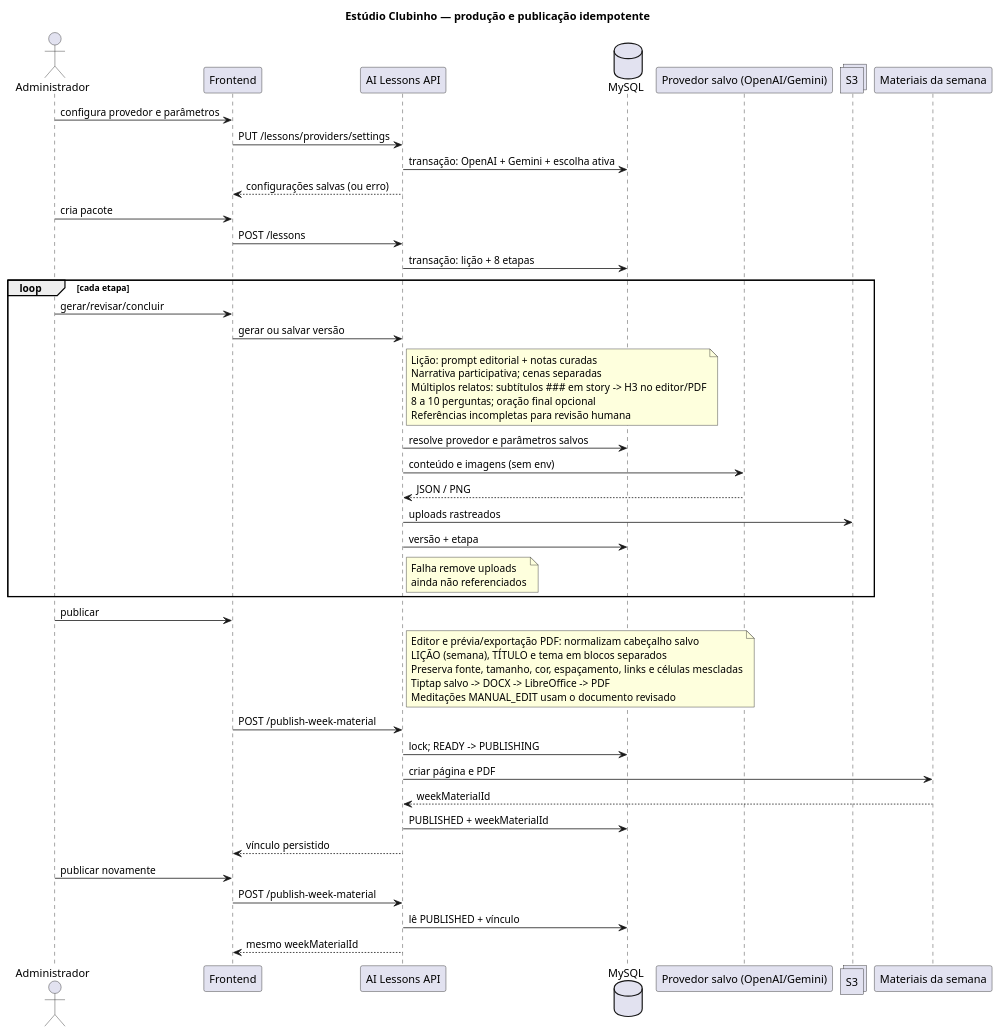
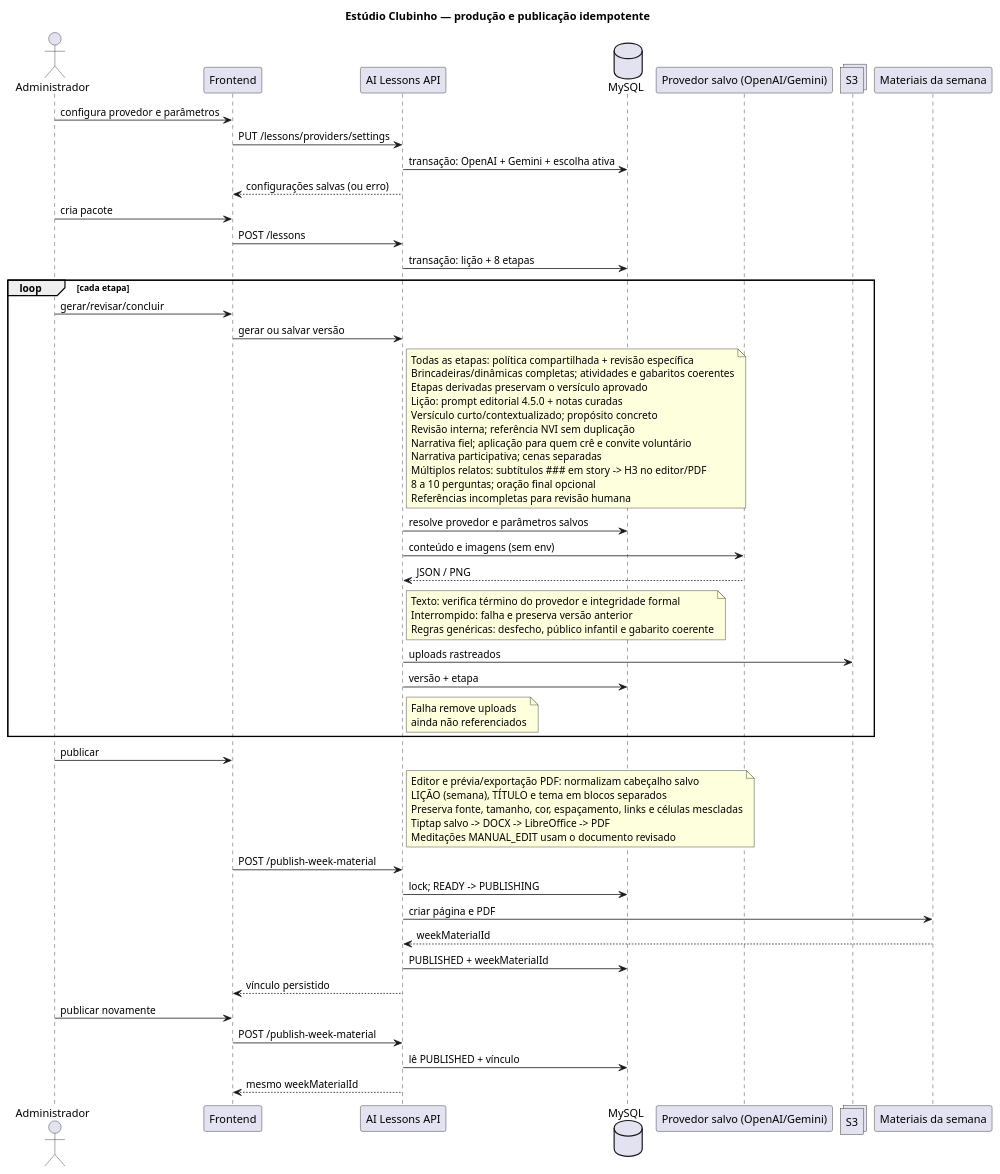
One commit to ministerioclubinhos/clubinhonib-api changed the diagram in docs/diagrams/flow/ai-lessons/ai-lessons-flow.puml. Above: the diagram before and after it, drawn with PlantUML. The commit also changed 21 other files, not shown here.

```diff
--- a/docs/diagrams/flow/ai-lessons/ai-lessons-flow.puml
+++ b/docs/diagrams/flow/ai-lessons/ai-lessons-flow.puml
@@ -1,60 +1,71 @@
 @startuml
 title Estúdio Clubinho — produção e publicação idempotente
 actor Administrador
 participant Frontend
 participant "AI Lessons API" as API
 database MySQL
 participant "Provedor salvo (OpenAI/Gemini)" as OpenAI
 collections S3
 participant "Materiais da semana" as Week
 
 Administrador -> Frontend: configura provedor e parâmetros
 Frontend -> API: PUT /lessons/providers/settings
 API -> MySQL: transação: OpenAI + Gemini + escolha ativa
 API --> Frontend: configurações salvas (ou erro)
 
 Administrador -> Frontend: cria pacote
 Frontend -> API: POST /lessons
 API -> MySQL: transação: lição + 8 etapas
 
 loop cada etapa
   Administrador -> Frontend: gerar/revisar/concluir
   Frontend -> API: gerar ou salvar versão
   note right of API
-    Lição: prompt editorial + notas curadas
+    Todas as etapas: política compartilhada + revisão específica
+    Brincadeiras/dinâmicas completas; atividades e gabaritos coerentes
+    Etapas derivadas preservam o versículo aprovado
+    Lição: prompt editorial 4.5.0 + notas curadas
+    Versículo curto/contextualizado; propósito concreto
+    Revisão interna; referência NVI sem duplicação
+    Narrativa fiel; aplicação para quem crê e convite voluntário
     Narrativa participativa; cenas separadas
     Múltiplos relatos: subtítulos ### em story -> H3 no editor/PDF
     8 a 10 perguntas; oração final opcional
     Referências incompletas para revisão humana
   end note
   API -> MySQL: resolve provedor e parâmetros salvos
   API -> OpenAI: conteúdo e imagens (sem env)
   OpenAI --> API: JSON / PNG
+  note right of API
+    Texto: verifica término do provedor e integridade formal
+    Interrompido: falha e preserva versão anterior
+    Regras genéricas: desfecho, público infantil e gabarito coerente
+  end note
   API -> S3: uploads rastreados
   API -> MySQL: versão + etapa
   note right of API
     Falha remove uploads
     ainda não referenciados
   end note
 end
 
 Administrador -> Frontend: publicar
 note right of API
   Editor e prévia/exportação PDF: normalizam cabeçalho salvo
   LIÇÃO (semana), TÍTULO e tema em blocos separados
   Preserva fonte, tamanho, cor, espaçamento, links e células mescladas
   Tiptap salvo -> DOCX -> LibreOffice -> PDF
   Meditações MANUAL_EDIT usam o documento revisado
 end note
 Frontend -> API: POST /publish-week-material
 API -> MySQL: lock; READY -> PUBLISHING
 API -> Week: criar página e PDF
 Week --> API: weekMaterialId
 API -> MySQL: PUBLISHED + weekMaterialId
 API --> Frontend: vínculo persistido
 
 Administrador -> Frontend: publicar novamente
 Frontend -> API: POST /publish-week-material
 API -> MySQL: lê PUBLISHED + vínculo
 API --> Frontend: mesmo weekMaterialId
 @enduml
```
